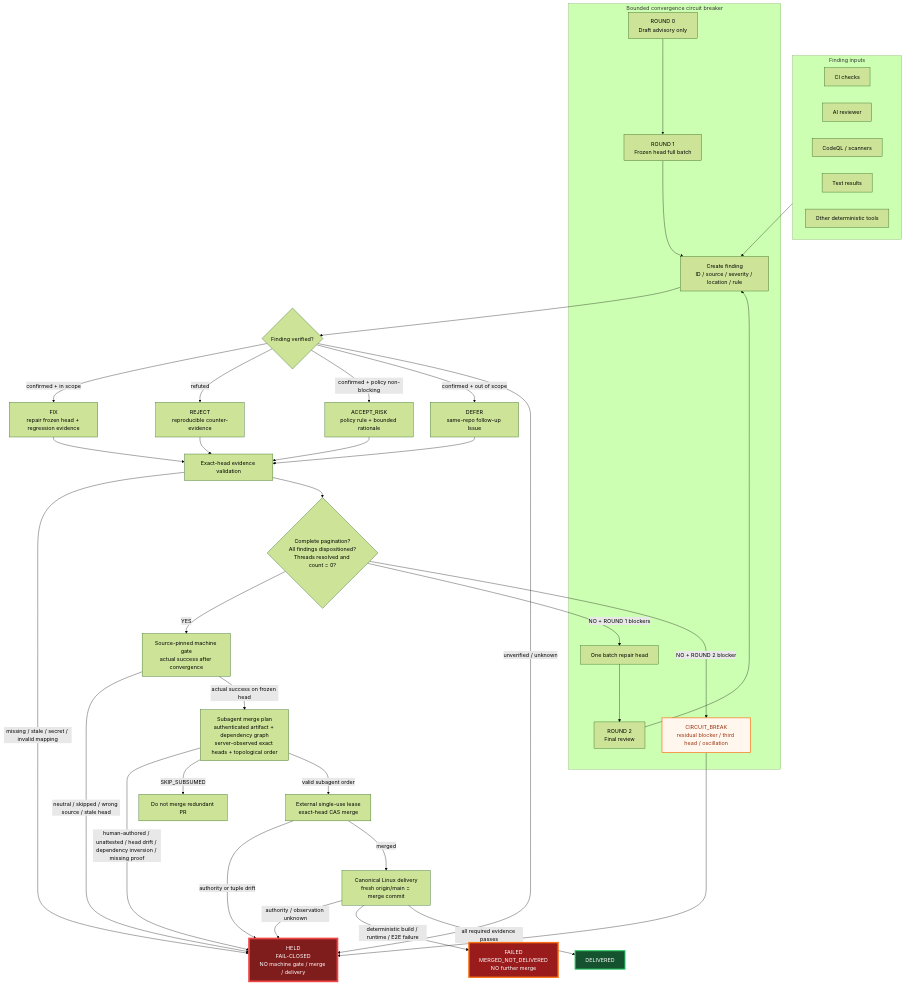
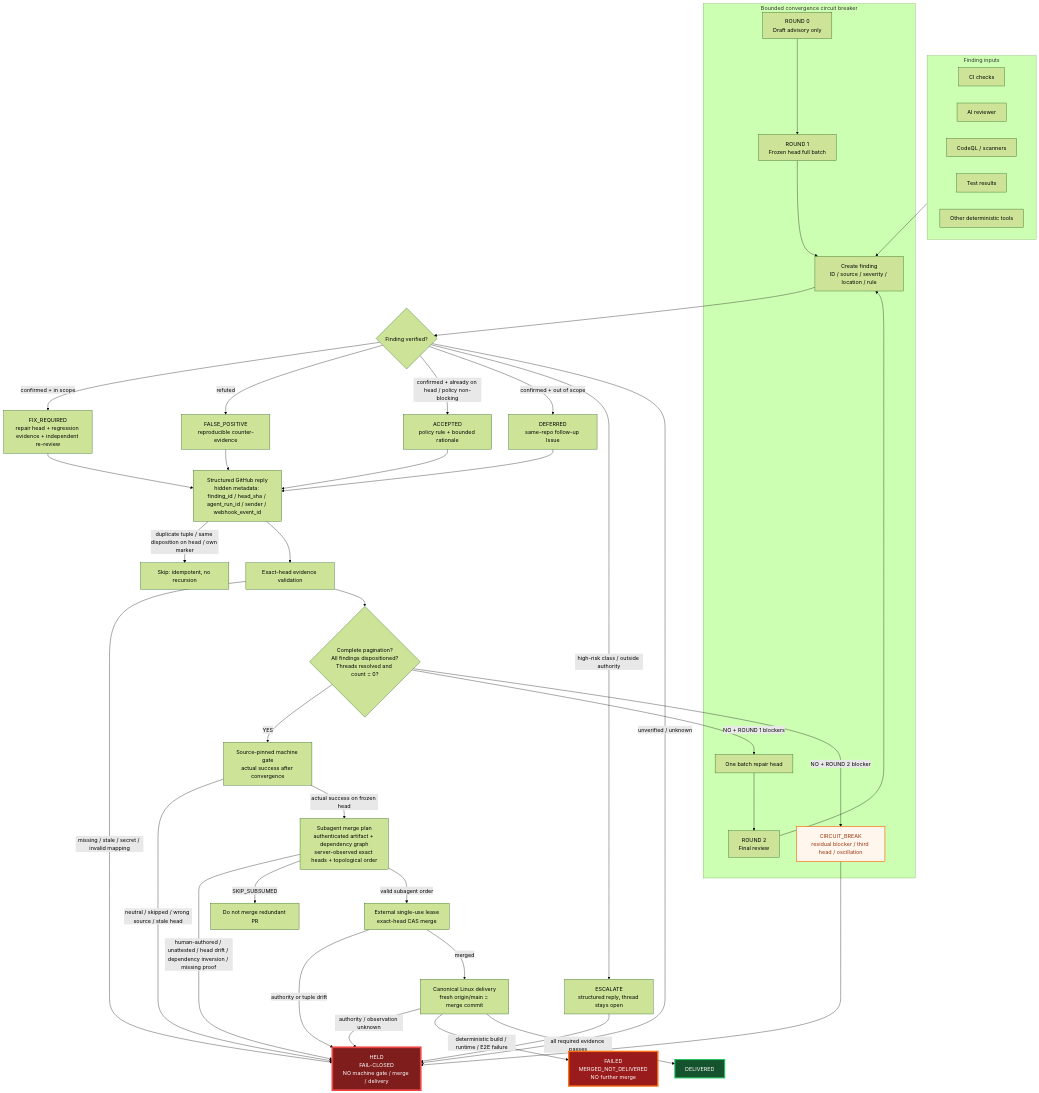
Before and after one commit to monkey1sai/AI-BIM-governance: the diagram in openspec/changes/autonomous-linux-delivery/design.md, drawn with Mermaid (forest theme). The commit also changed other lines of this file and 14 other files, not shown here.

First line of the commit message:
fix(governance): 修補 finalization 契約並延伸 Review Disposition Agent

````diff
--- a/openspec/changes/autonomous-linux-delivery/design.md
+++ b/openspec/changes/autonomous-linux-delivery/design.md
@@ -187,62 +189,66 @@
 ```mermaid
 flowchart TB
     subgraph INPUTS[Finding inputs]
         CI[CI checks]
         AI[AI reviewer]
         SCAN[CodeQL / scanners]
         TEST[Test results]
         OTHER[Other deterministic tools]
     end
 
     INPUTS --> NEW[Create finding<br/>ID / source / severity / location / rule]
     NEW --> VERIFY{Finding verified?}
-    VERIFY -->|confirmed + in scope| FIX[FIX<br/>repair frozen head + regression evidence]
-    VERIFY -->|refuted| REJECT[REJECT<br/>reproducible counter-evidence]
-    VERIFY -->|confirmed + policy non-blocking| ACCEPT[ACCEPT_RISK<br/>policy rule + bounded rationale]
-    VERIFY -->|confirmed + out of scope| DEFER[DEFER<br/>same-repo follow-up Issue]
+    VERIFY -->|confirmed + in scope| FIX[FIX_REQUIRED<br/>repair head + regression evidence + independent re-review]
+    VERIFY -->|refuted| REJECT[FALSE_POSITIVE<br/>reproducible counter-evidence]
+    VERIFY -->|confirmed + already on head / policy non-blocking| ACCEPT[ACCEPTED<br/>policy rule + bounded rationale]
+    VERIFY -->|confirmed + out of scope| DEFER[DEFERRED<br/>same-repo follow-up Issue]
+    VERIFY -->|high-risk class / outside authority| ESCALATE[ESCALATE<br/>structured reply, thread stays open]
     VERIFY -->|unverified / unknown| HELD
+    ESCALATE --> HELD
 
-    FIX --> EVIDENCE[Exact-head evidence validation]
-    REJECT --> EVIDENCE
-    ACCEPT --> EVIDENCE
-    DEFER --> EVIDENCE
+    FIX --> REPLY[Structured GitHub reply<br/>hidden metadata: finding_id / head_sha / agent_run_id / sender / webhook_event_id]
+    REJECT --> REPLY
+    ACCEPT --> REPLY
+    DEFER --> REPLY
+    REPLY -->|duplicate tuple / same disposition on head / own marker| SKIP_DUP[Skip: idempotent, no recursion]
+    REPLY --> EVIDENCE[Exact-head evidence validation]
     EVIDENCE -->|missing / stale / secret / invalid mapping| HELD
     EVIDENCE --> CONVERGE{Complete pagination?<br/>All findings dispositioned?<br/>Threads resolved and count = 0?}
 
     subgraph BUDGET[Bounded convergence circuit breaker]
         DRAFT[ROUND 0<br/>Draft advisory only]
         R1[ROUND 1<br/>Frozen head full batch]
         REPAIR[One batch repair head]
         R2[ROUND 2<br/>Final review]
         BREAK[CIRCUIT_BREAK<br/>residual blocker / third head / oscillation]
         DRAFT --> R1 --> NEW
         REPAIR --> R2 --> NEW
     end
 
     CONVERGE -->|NO + ROUND 1 blockers| REPAIR
     CONVERGE -->|NO + ROUND 2 blocker| BREAK
     BREAK --> HELD
     CONVERGE -->|YES| GATE[Source-pinned machine gate<br/>actual success after convergence]
     GATE -->|neutral / skipped / wrong source / stale head| HELD
     GATE -->|actual success on frozen head| PLAN[Subagent merge plan<br/>authenticated artifact + dependency graph<br/>server-observed exact heads + topological order]
 
     PLAN -->|human-authored / unattested / head drift / dependency inversion / missing proof| HELD
     PLAN -->|SKIP_SUBSUMED| SKIP[Do not merge redundant PR]
     PLAN -->|valid subagent order| CAS[External single-use lease<br/>exact-head CAS merge]
     CAS -->|authority or tuple drift| HELD
     CAS -->|merged| DEPLOY[Canonical Linux delivery<br/>fresh origin/main = merge commit]
     DEPLOY -->|authority / observation unknown| HELD
     DEPLOY -->|deterministic build / runtime / E2E failure| FAILED[FAILED<br/>MERGED_NOT_DELIVERED<br/>NO further merge]
     DEPLOY -->|all required evidence passes| DELIVERED[DELIVERED]
 
     HELD[HELD<br/>FAIL-CLOSED<br/>NO machine gate / merge / delivery]
 
     classDef held fill:#7f1d1d,color:#ffffff,stroke:#ef4444,stroke-width:5px;
     classDef failed fill:#991b1b,color:#ffffff,stroke:#f97316,stroke-width:4px;
     classDef guarded fill:#fff7ed,color:#9a3412,stroke:#f97316,stroke-width:2px;
     classDef success fill:#14532d,color:#ffffff,stroke:#22c55e,stroke-width:3px;
     class HELD held;
     class FAILED failed;
     class BREAK guarded;
     class DELIVERED success;
 ```
````
